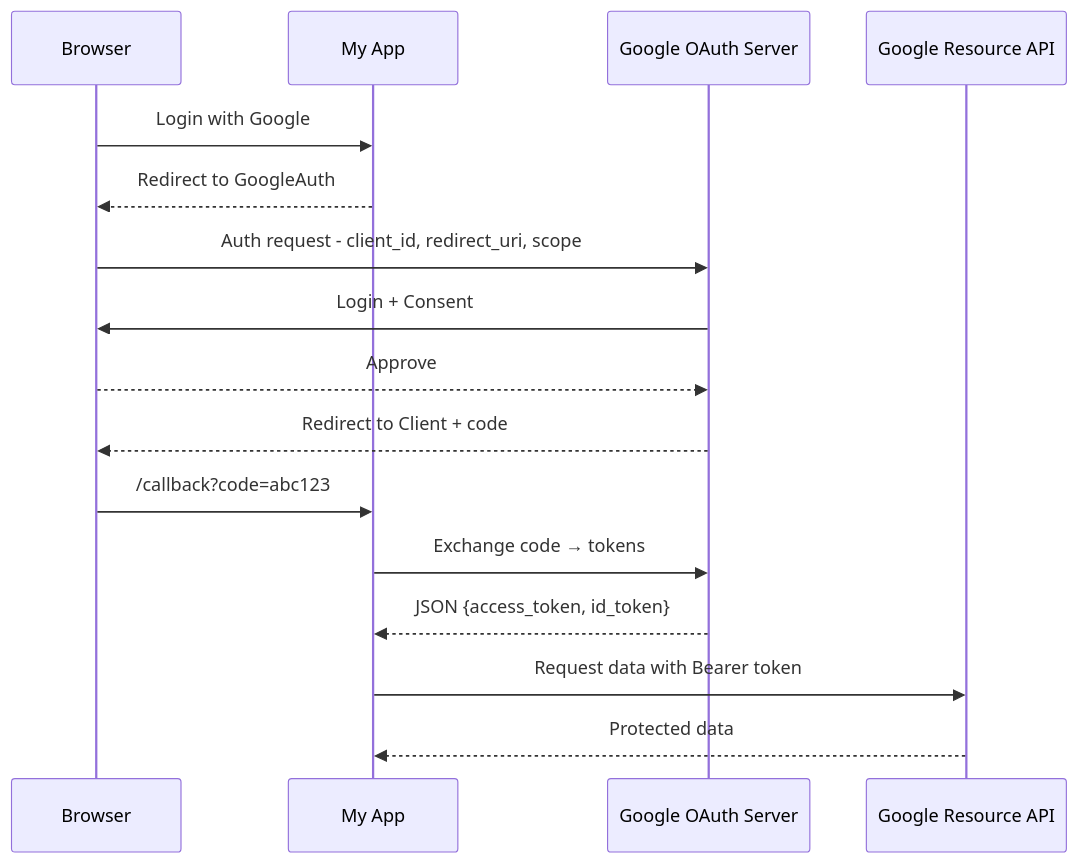
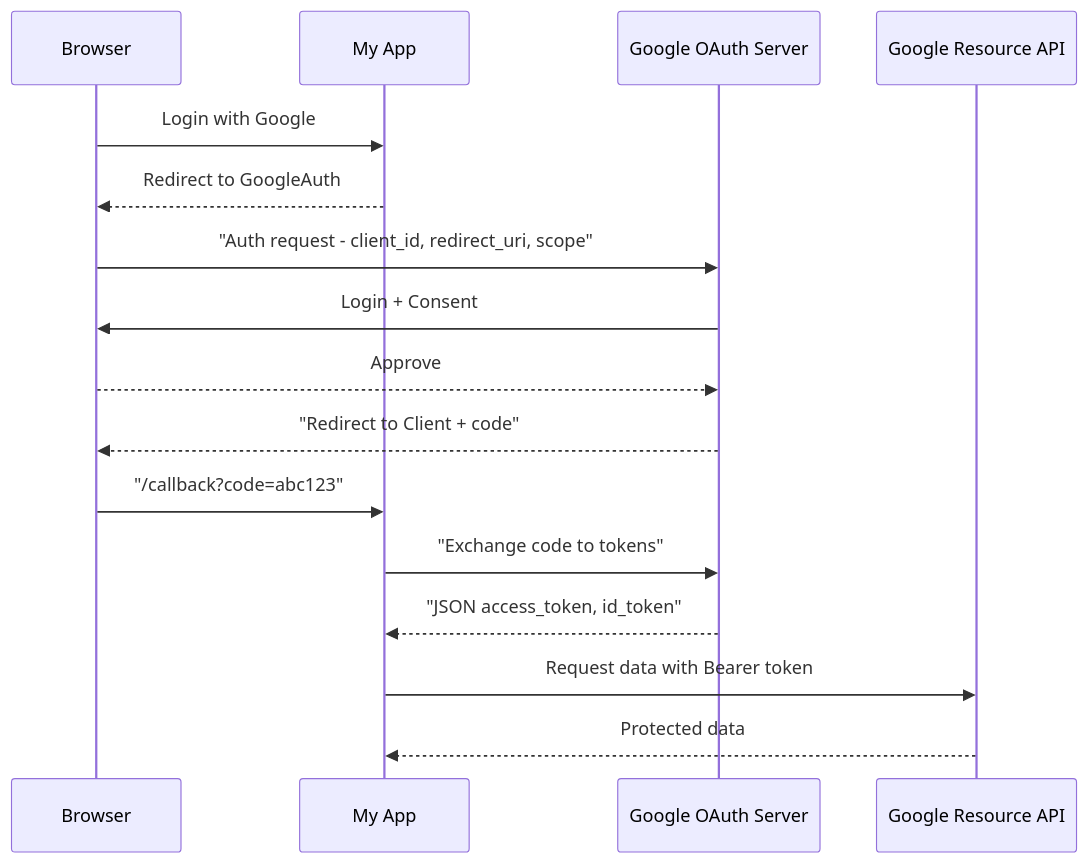
The diagram in DOMAIN5: Identity and Access Management (IAM)/5.06 Implement authentication systems.md (lorenzoleonelli/CISSP-Zero-to-Hero), drawn with Mermaid before and after one commit.

Commit message:
Update 5.06 Implement authentication systems.md

````diff
--- a/DOMAIN5: Identity and Access Management (IAM)/5.06 Implement authentication systems.md
+++ b/DOMAIN5: Identity and Access Management (IAM)/5.06 Implement authentication systems.md
@@ -13,19 +13,19 @@
 ```mermaid
 sequenceDiagram
     participant Browser
     participant Client as My App
     participant GoogleAuth as Google OAuth Server
     participant GoogleAPI as Google Resource API
     
     Browser->>Client: Login with Google
     Client-->>Browser: Redirect to GoogleAuth
-    Browser->>GoogleAuth: Auth request - client_id, redirect_uri, scope
+    Browser->>GoogleAuth: "Auth request - client_id, redirect_uri, scope"
     GoogleAuth->>Browser: Login + Consent
     Browser-->>GoogleAuth: Approve
-    GoogleAuth-->>Browser: Redirect to Client + code
-    Browser->>Client: /callback?code=abc123
-    Client->>GoogleAuth: Exchange code → tokens
-    GoogleAuth-->>Client: JSON {access_token, id_token}
+    GoogleAuth-->>Browser: "Redirect to Client + code"
+    Browser->>Client: "/callback?code=abc123"
+    Client->>GoogleAuth: "Exchange code to tokens"
+    GoogleAuth-->>Client: "JSON access_token, id_token"
     Client->>GoogleAPI: Request data with Bearer token
     GoogleAPI-->>Client: Protected data
 ```
````
